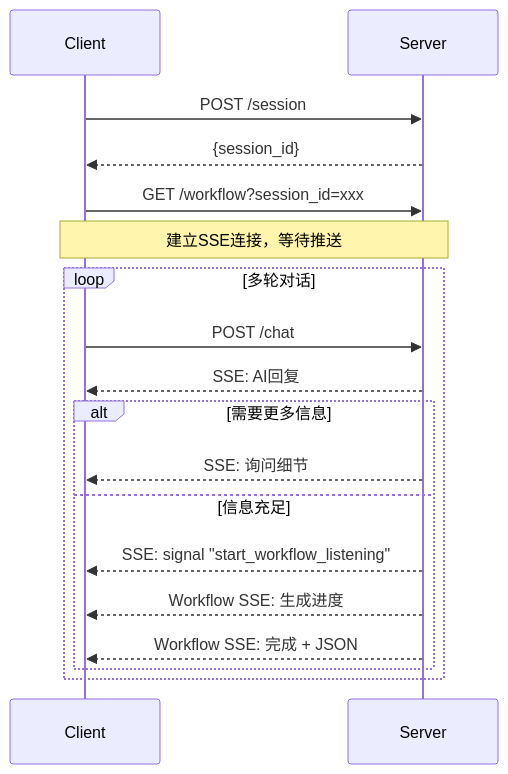
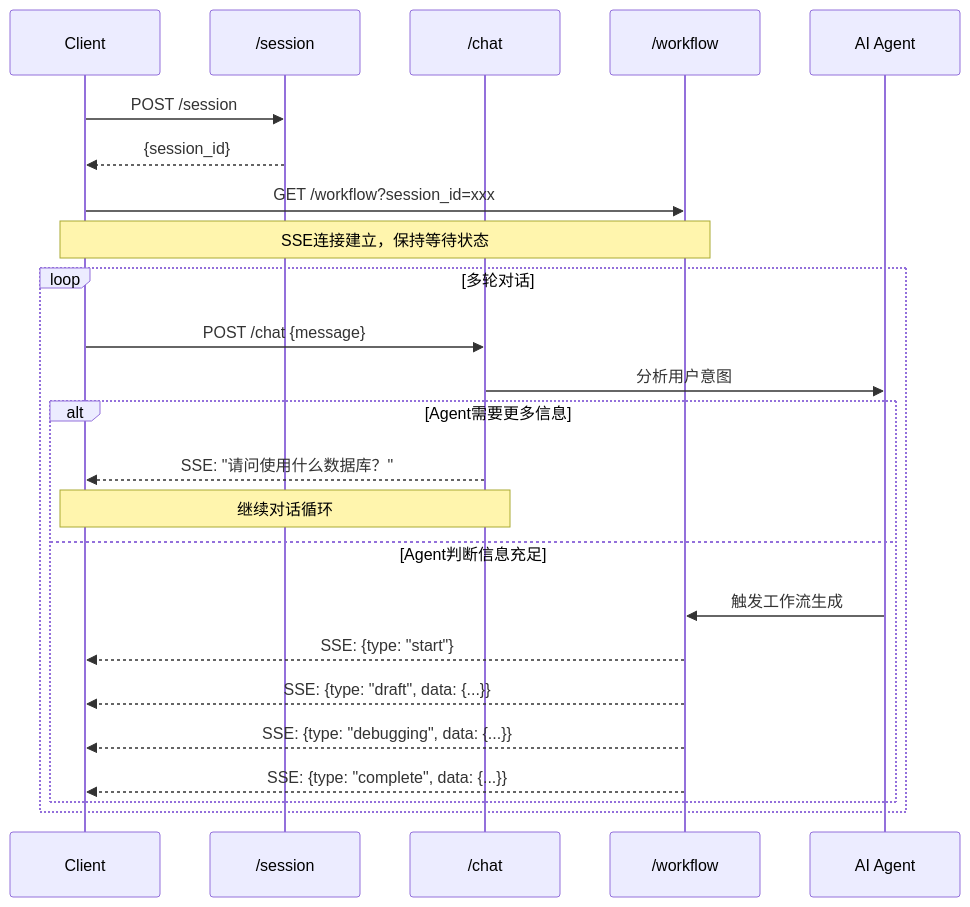
Before and after one commit to CurvatureX/agent_team_monorepo: the diagram in docs/tech-design/api-doc.md, drawn with Mermaid. The commit also changed other lines of this file, not shown here.

````diff
--- a/docs/tech-design/api-doc.md
+++ b/docs/tech-design/api-doc.md
@@ -130,24 +101,32 @@
 ```mermaid
 sequenceDiagram
     participant Client
-    participant Server
+    participant Session as /session
+    participant Chat as /chat
+    participant Workflow as /workflow
+    participant Agent as AI Agent
     
-    Client->>Server: POST /session
-    Server-->>Client: {session_id}
+    Client->>Session: POST /session
+    Session-->>Client: {session_id}
     
-    Client->>Server: GET /workflow?session_id=xxx
-    Note over Client,Server: 建立SSE连接，等待推送
+    Client->>Workflow: GET /workflow?session_id=xxx
+    Note over Client,Workflow: SSE连接建立，保持等待状态
     
     loop 多轮对话
-        Client->>Server: POST /chat
-        Server-->>Client: SSE: AI回复
+        Client->>Chat: POST /chat {message}
+        Chat->>Agent: 分析用户意图
         
-        alt 需要更多信息
-            Server-->>Client: SSE: 询问细节
-        else 信息充足
-            Server-->>Client: SSE: signal "start_workflow_listening"
-            Server-->>Client: Workflow SSE: 生成进度
-            Server-->>Client: Workflow SSE: 完成 + JSON
+        alt Agent需要更多信息
+            Chat-->>Client: SSE: "请问使用什么数据库？"
+            Note over Client,Chat: 继续对话循环
+        else Agent判断信息充足
+            
+                Agent->>Workflow: 触发工作流生成
+                Workflow-->>Client: SSE: {type: "start"}
+                Workflow-->>Client: SSE: {type: "draft", data: {...}}
+                Workflow-->>Client: SSE: {type: "debugging", data: {...}}
+                Workflow-->>Client: SSE: {type: "complete", data: {...}}
         end
     end
+    
 ```
````
